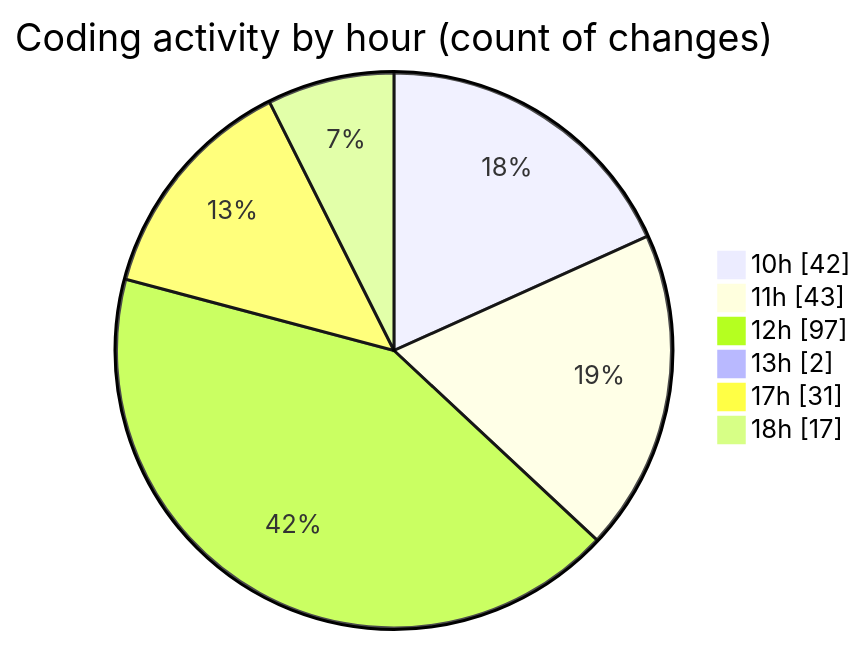
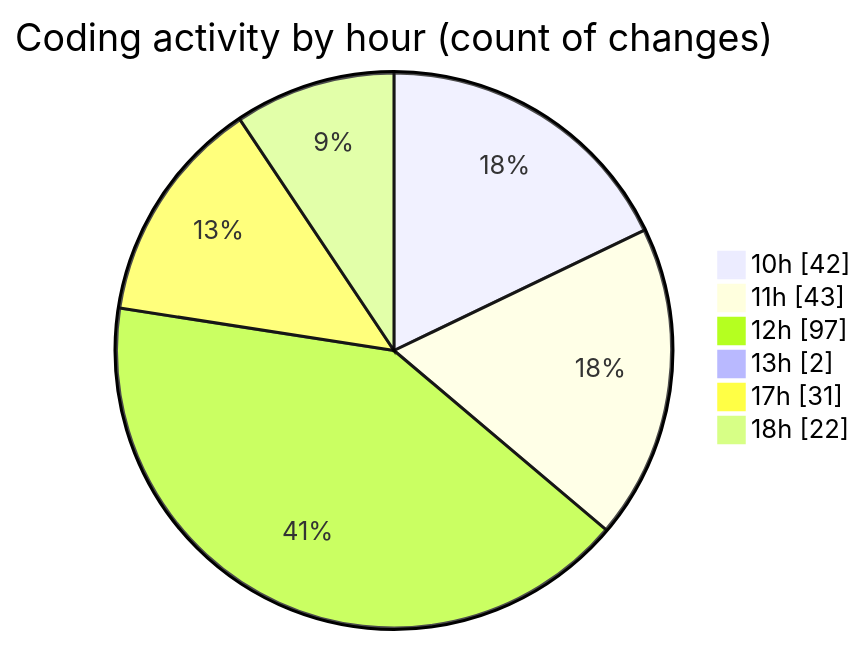
The second of 2 diagrams in 2025-05-15/ecodeli-1/README.md (CELIANVF/code-tracking), drawn with Mermaid before and after one commit. The commit also changed other lines of this file and 1 other file, not shown here.

````diff
--- a/2025-05-15/ecodeli-1/README.md
+++ b/2025-05-15/ecodeli-1/README.md
@@ -82,10 +82,10 @@
 ```mermaid
 pie showData
 title Coding activity by hour (count of changes)
 "10h" : 42
 "11h" : 43
 "12h" : 97
 "13h" : 2
 "17h" : 31
-"18h" : 17
+"18h" : 22
 ```
````
